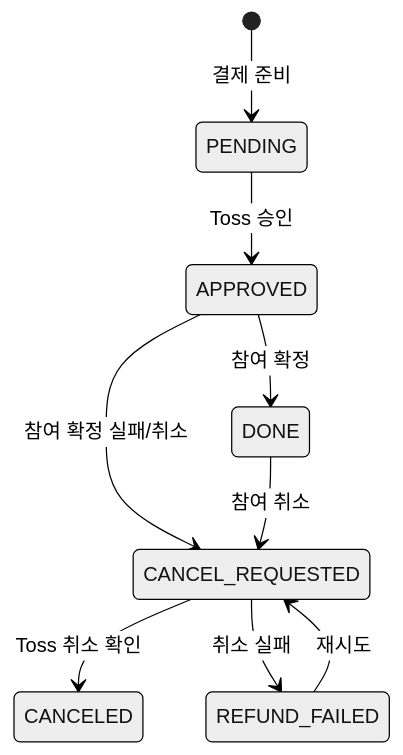
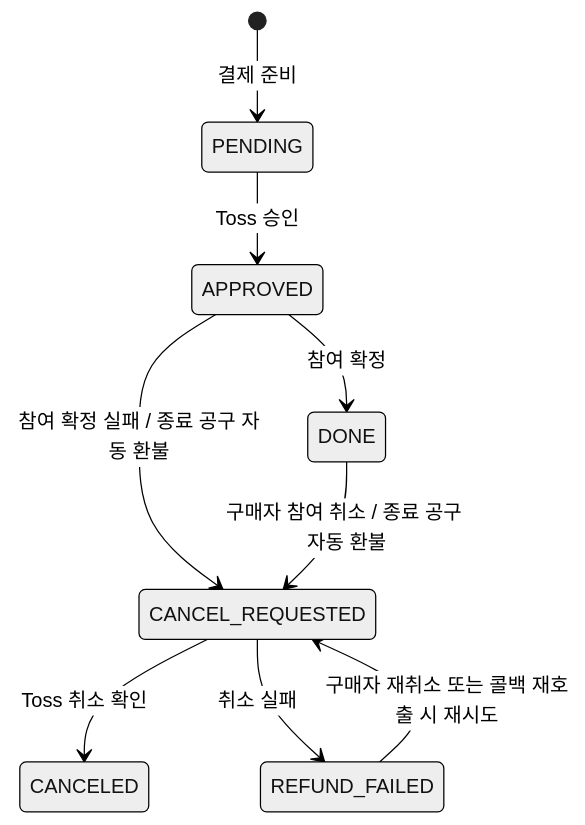
One commit to LimHyeongHo/yuhan_final_project changed the second of 5 diagrams in document/03_Design.md. Above: the diagram before and after it, drawn with Mermaid (neutral theme). The commit also changed other lines of this file and 4 other files, not shown here.

````diff
--- a/document/03_Design.md
+++ b/document/03_Design.md
@@ -35,11 +36,11 @@
 ```mermaid
 stateDiagram-v2
     [*] --> PENDING: 결제 준비
     PENDING --> APPROVED: Toss 승인
     APPROVED --> DONE: 참여 확정
-    APPROVED --> CANCEL_REQUESTED: 참여 확정 실패/취소
-    DONE --> CANCEL_REQUESTED: 참여 취소
-    REFUND_FAILED --> CANCEL_REQUESTED: 재시도
+    APPROVED --> CANCEL_REQUESTED: 참여 확정 실패 / 종료 공구 자동 환불
+    DONE --> CANCEL_REQUESTED: 구매자 참여 취소 / 종료 공구 자동 환불
+    REFUND_FAILED --> CANCEL_REQUESTED: 구매자 재취소 또는 콜백 재호출 시 재시도
     CANCEL_REQUESTED --> CANCELED: Toss 취소 확인
     CANCEL_REQUESTED --> REFUND_FAILED: 취소 실패
 ```
````
